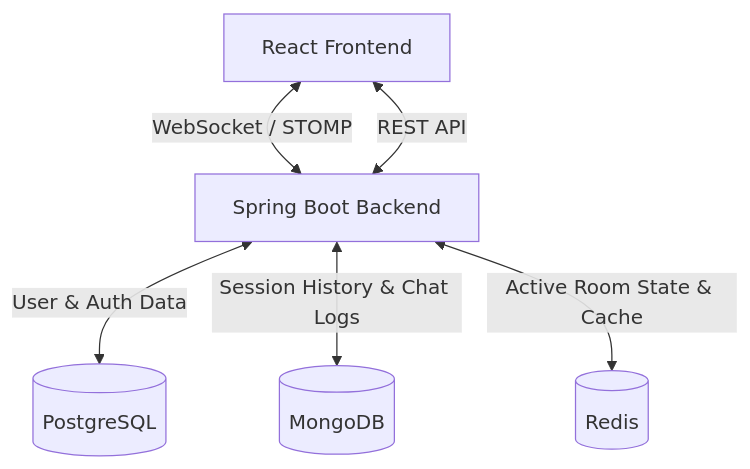
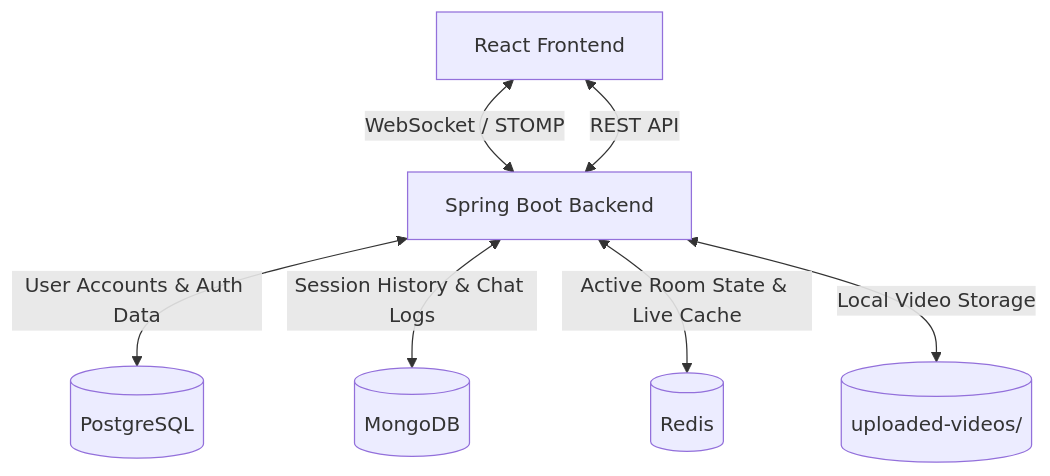
The diagram in README.md (Vivek-1499/SyncStreamHub), drawn with Mermaid before and after one commit. The commit also changed other lines of this file and 6 other files, not shown here.

Commit message:
docs & config: update README with profile configs and data flow, rename guides to DATABASE_PERSISTENCE_GUIDE and DEPLOYMENT_GUIDE

````diff
--- a/README.md
+++ b/README.md
@@ -11,8 +11,9 @@
 ```mermaid
 graph TD
     Client[React Frontend] <-->|WebSocket / STOMP| BE[Spring Boot Backend]
     Client <-->|REST API| BE
-    BE <-->|User & Auth Data| Postgres[(PostgreSQL)]
+    BE <-->|User Accounts & Auth Data| Postgres[(PostgreSQL)]
     BE <-->|Session History & Chat Logs| Mongo[(MongoDB)]
-    BE <-->|Active Room State & Cache| Redis[(Redis)]
+    BE <-->|Active Room State & Live Cache| Redis[(Redis)]
+    BE <-->|Local Video Storage| Disk[(uploaded-videos/)]
 ```
````
